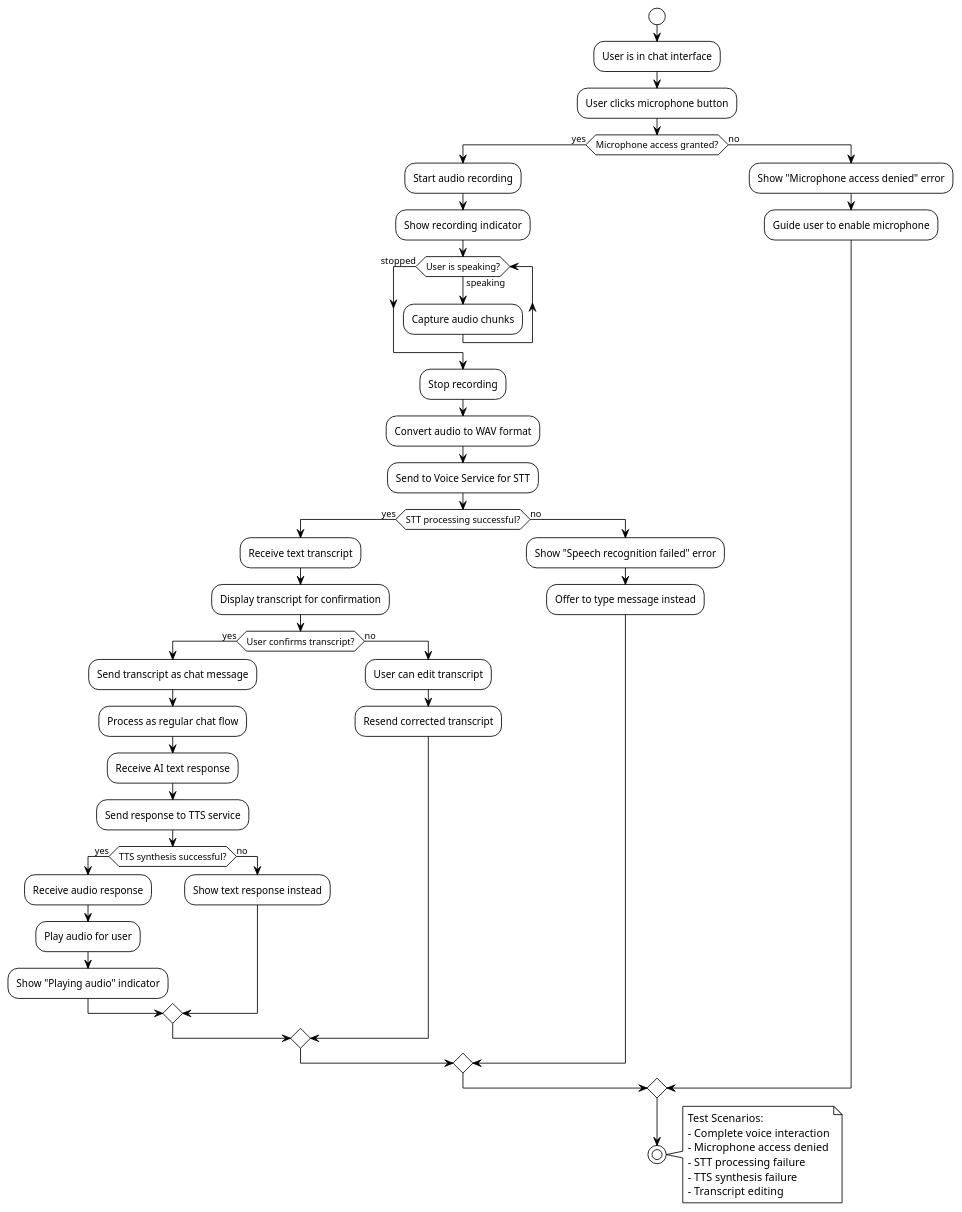
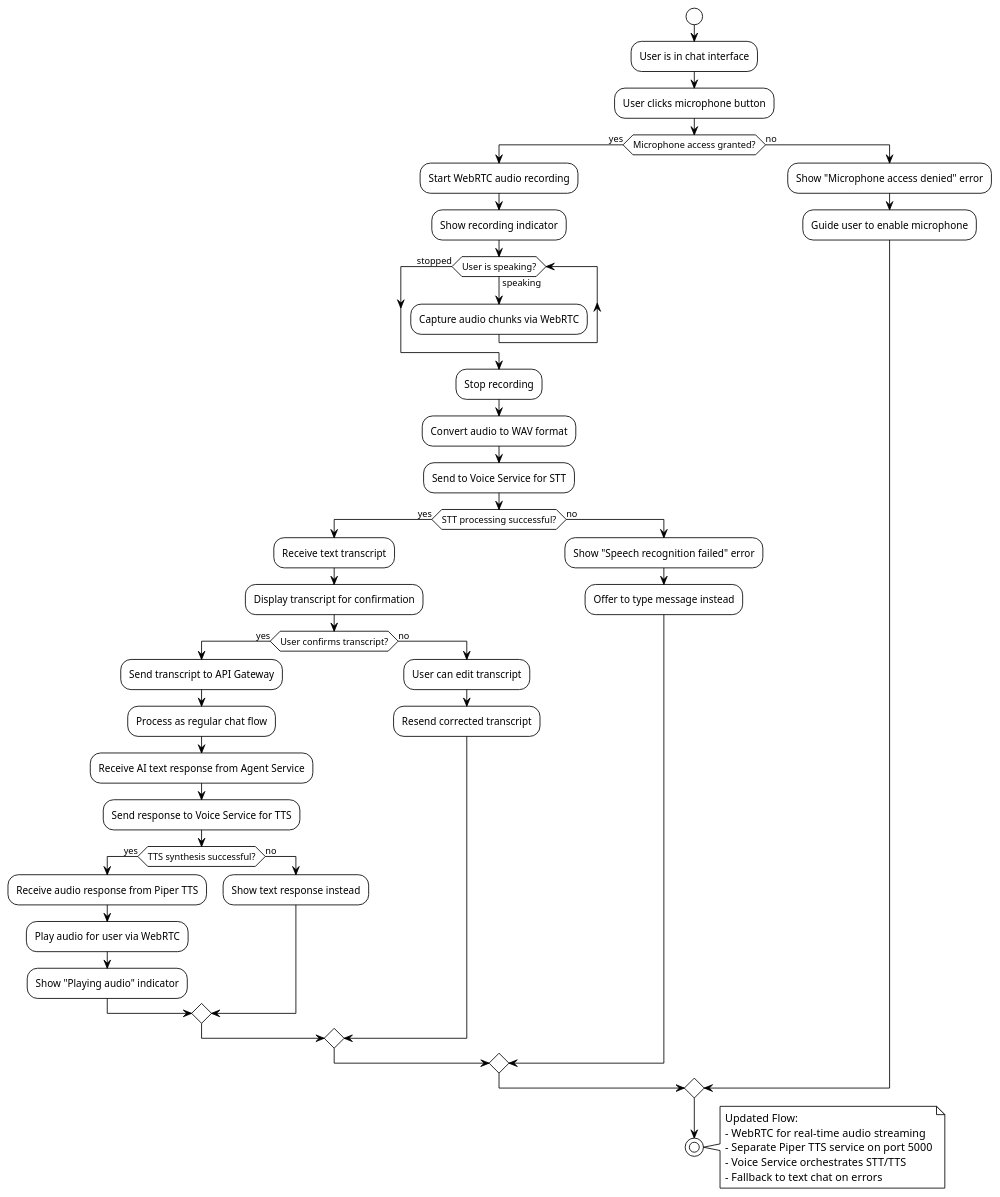
One commit to kienntheprfs/DATN changed the fourth of 12 diagrams in docs/system-flows/plantuml-diagrams.md. Above: the diagram before and after it, drawn with PlantUML. The commit also changed other lines of this file and 7 other files, not shown here.

````diff
--- a/docs/system-flows/plantuml-diagrams.md
+++ b/docs/system-flows/plantuml-diagrams.md
@@ -201,67 +369,66 @@
 ```plantuml
 @startuml VoiceChatActivity
 !theme plain
 skinparam ParticipantPadding 20
 skinparam BoxPadding 20
 
 start
 :User is in chat interface;
 :User clicks microphone button;
 
 if (Microphone access granted?) then (yes)
-  :Start audio recording;
+  :Start WebRTC audio recording;
   :Show recording indicator;
   
   while (User is speaking?) is (speaking)
-    :Capture audio chunks;
+    :Capture audio chunks via WebRTC;
   endwhile (stopped)
   
   :Stop recording;
   :Convert audio to WAV format;
   :Send to Voice Service for STT;
   
   if (STT processing successful?) then (yes)
     :Receive text transcript;
     :Display transcript for confirmation;
     
     if (User confirms transcript?) then (yes)
-      :Send transcript as chat message;
+      :Send transcript to API Gateway;
       :Process as regular chat flow;
-      :Receive AI text response;
-      :Send response to TTS service;
+      :Receive AI text response from Agent Service;
+      :Send response to Voice Service for TTS;
       
       if (TTS synthesis successful?) then (yes)
-        :Receive audio response;
-        :Play audio for user;
+        :Receive audio response from Piper TTS;
+        :Play audio for user via WebRTC;
         :Show "Playing audio" indicator;
       else (no)
         :Show text response instead;
       endif
       
     else (no)
       :User can edit transcript;
       :Resend corrected transcript;
     endif
     
   else (no)
     :Show "Speech recognition failed" error;
     :Offer to type message instead;
   endif
   
 else (no)
   :Show "Microphone access denied" error;
   :Guide user to enable microphone;
 endif
 
 stop
 
 note right
-  Test Scenarios:
-  - Complete voice interaction
-  - Microphone access denied
-  - STT processing failure
-  - TTS synthesis failure
-  - Transcript editing
+  Updated Flow:
+  - WebRTC for real-time audio streaming
+  - Separate Piper TTS service on port 5000
+  - Voice Service orchestrates STT/TTS
+  - Fallback to text chat on errors
 end note
 @enduml
 ```
````
